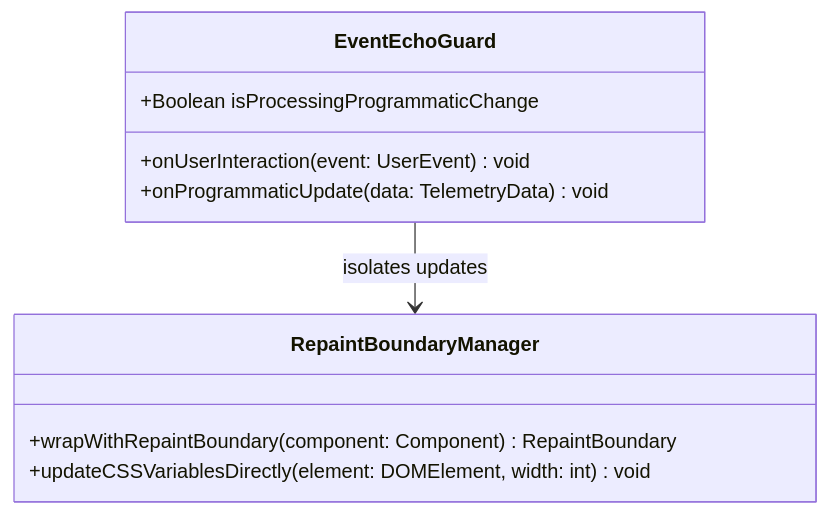
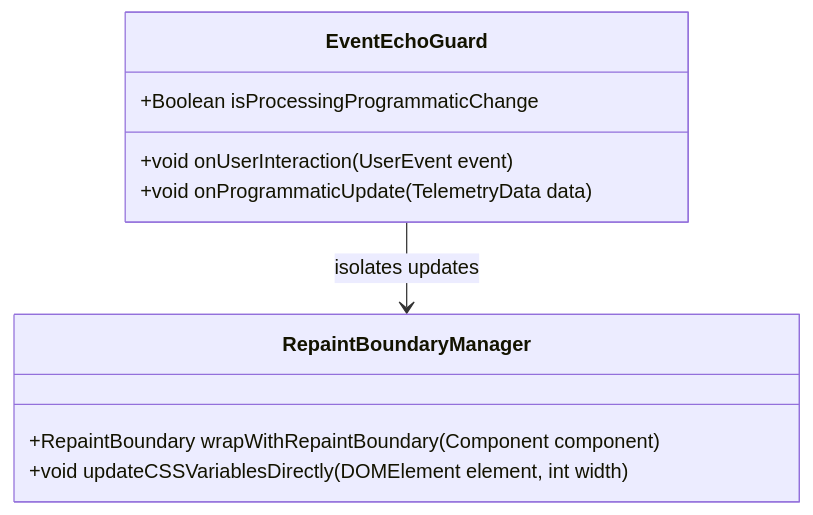
The diagram in docs/features/feat-14-event-echo-guard.md (gintatkinson/digital-pipeline-repo), drawn with Mermaid before and after one commit. The commit also changed 16 other files, not shown here.

Commit message:
feat: implement fix_mermaid_colons.py and repair existing Mermaid class diagrams

````diff
--- a/docs/features/feat-14-event-echo-guard.md
+++ b/docs/features/feat-14-event-echo-guard.md
@@ -19,13 +19,13 @@
 ```mermaid
 classDiagram
     class EventEchoGuard {
         +Boolean isProcessingProgrammaticChange
-        +onUserInteraction(event: UserEvent) void
-        +onProgrammaticUpdate(data: TelemetryData) void
+        +void onUserInteraction(UserEvent event)
+        +void onProgrammaticUpdate(TelemetryData data)
     }
     class RepaintBoundaryManager {
-        +wrapWithRepaintBoundary(component: Component) RepaintBoundary
-        +updateCSSVariablesDirectly(element: DOMElement, width: int) void
+        +RepaintBoundary wrapWithRepaintBoundary(Component component)
+        +void updateCSSVariablesDirectly(DOMElement element, int width)
     }
     EventEchoGuard --> RepaintBoundaryManager : isolates updates
 ```
````
